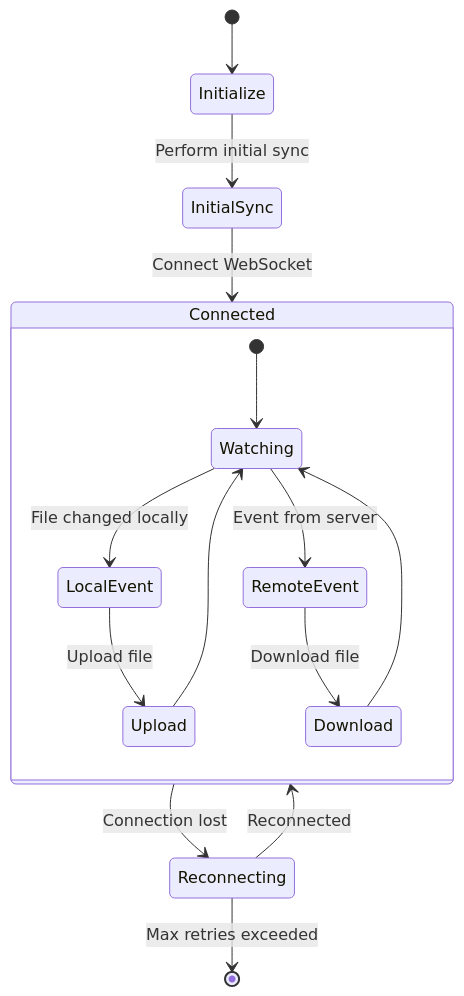
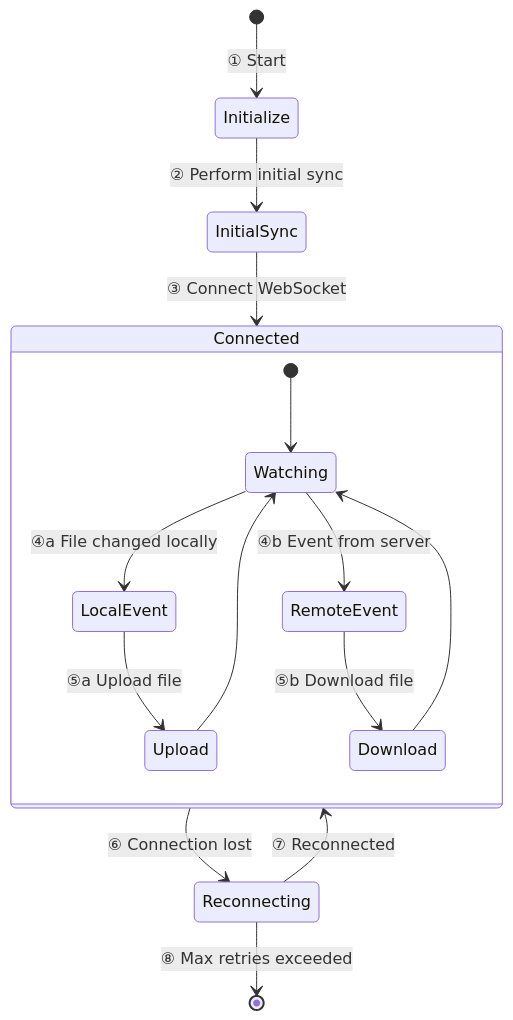
Before and after one commit to albertsdk/hsync-client: the fourth of 8 diagrams in docs/architecture.md, drawn with Mermaid. The commit also changed other lines of this file and 21 other files, not shown here.

First line of the commit message:
Add numbered phases to documentation diagrams

````diff
--- a/docs/architecture.md
+++ b/docs/architecture.md
@@ -129,22 +130,22 @@
 ```mermaid
 stateDiagram-v2
-    [*] --> Initialize
-    Initialize --> InitialSync: Perform initial sync
-    InitialSync --> Connected: Connect WebSocket
-    
+    [*] --> Initialize: ① Start
+    Initialize --> InitialSync: ② Perform initial sync
+    InitialSync --> Connected: ③ Connect WebSocket
+
     state Connected {
         [*] --> Watching
-        Watching --> LocalEvent: File changed locally
-        Watching --> RemoteEvent: Event from server
-        
-        LocalEvent --> Upload: Upload file
+        Watching --> LocalEvent: ④a File changed locally
+        Watching --> RemoteEvent: ④b Event from server
+
+        LocalEvent --> Upload: ⑤a Upload file
         Upload --> Watching
-        
-        RemoteEvent --> Download: Download file
+
+        RemoteEvent --> Download: ⑤b Download file
         Download --> Watching
     }
-    
-    Connected --> Reconnecting: Connection lost
-    Reconnecting --> Connected: Reconnected
-    Reconnecting --> [*]: Max retries exceeded
+
+    Connected --> Reconnecting: ⑥ Connection lost
+    Reconnecting --> Connected: ⑦ Reconnected
+    Reconnecting --> [*]: ⑧ Max retries exceeded
 ```
````
